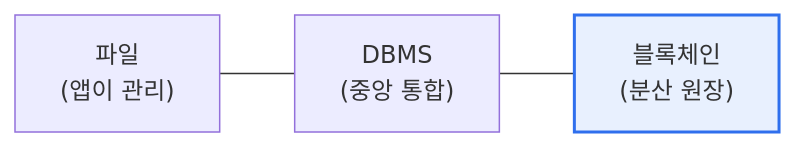
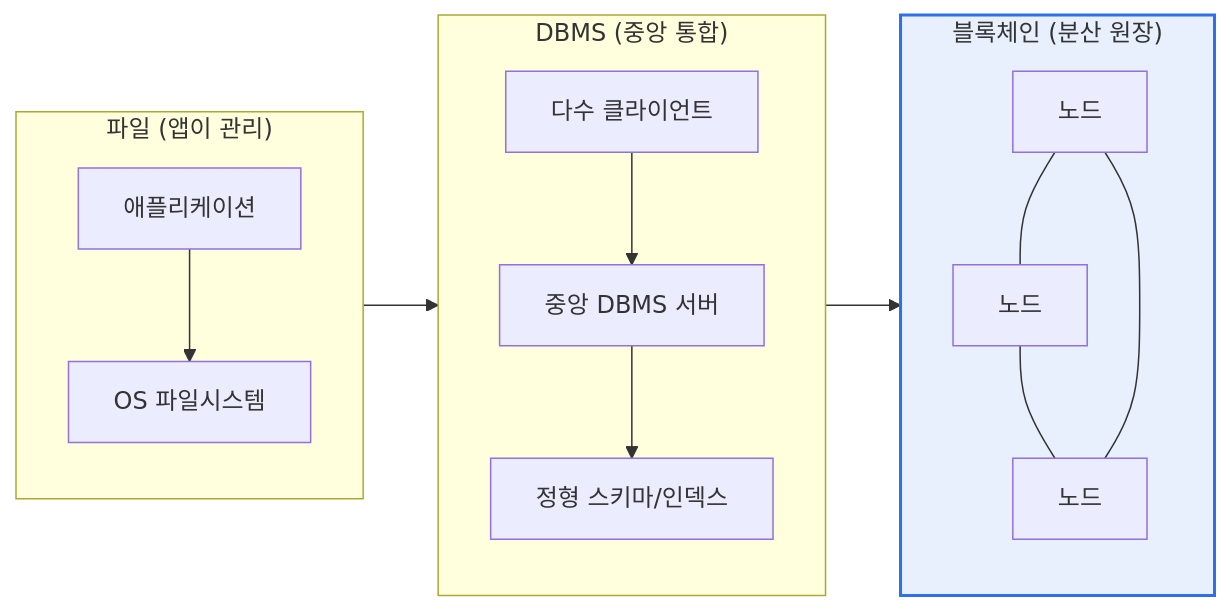
The first of 2 diagrams in content/file-db-blockchain.md (coninggu/wjdqhrhksflrltnftk), drawn with Mermaid before and after one commit. The commit also changed other lines of this file and 3 other files, not shown here.

````diff
--- a/content/file-db-blockchain.md
+++ b/content/file-db-blockchain.md
@@ -15,5 +23,17 @@
 ```mermaid
 flowchart LR
-  F["파일<br/>(앱이 관리)"] --- D["DBMS<br/>(중앙 통합)"] --- B["블록체인<br/>(분산 원장)"]
-  style B fill:#e8f0fe,stroke:#2f6fed,stroke-width:2px
+  subgraph FILE["파일 (앱이 관리)"]
+    A1["애플리케이션"] --> A2["OS 파일시스템"]
+  end
+  subgraph DB["DBMS (중앙 통합)"]
+    B1["다수 클라이언트"] --> B2["중앙 DBMS 서버"]
+    B2 --> B3["정형 스키마/인덱스"]
+  end
+  subgraph BC["블록체인 (분산 원장)"]
+    C1["노드"] --- C2["노드"]
+    C2 --- C3["노드"]
+    C3 --- C1
+  end
+  FILE --> DB --> BC
+  style BC fill:#e8f0fe,stroke:#2f6fed,stroke-width:2px
 ```
````
